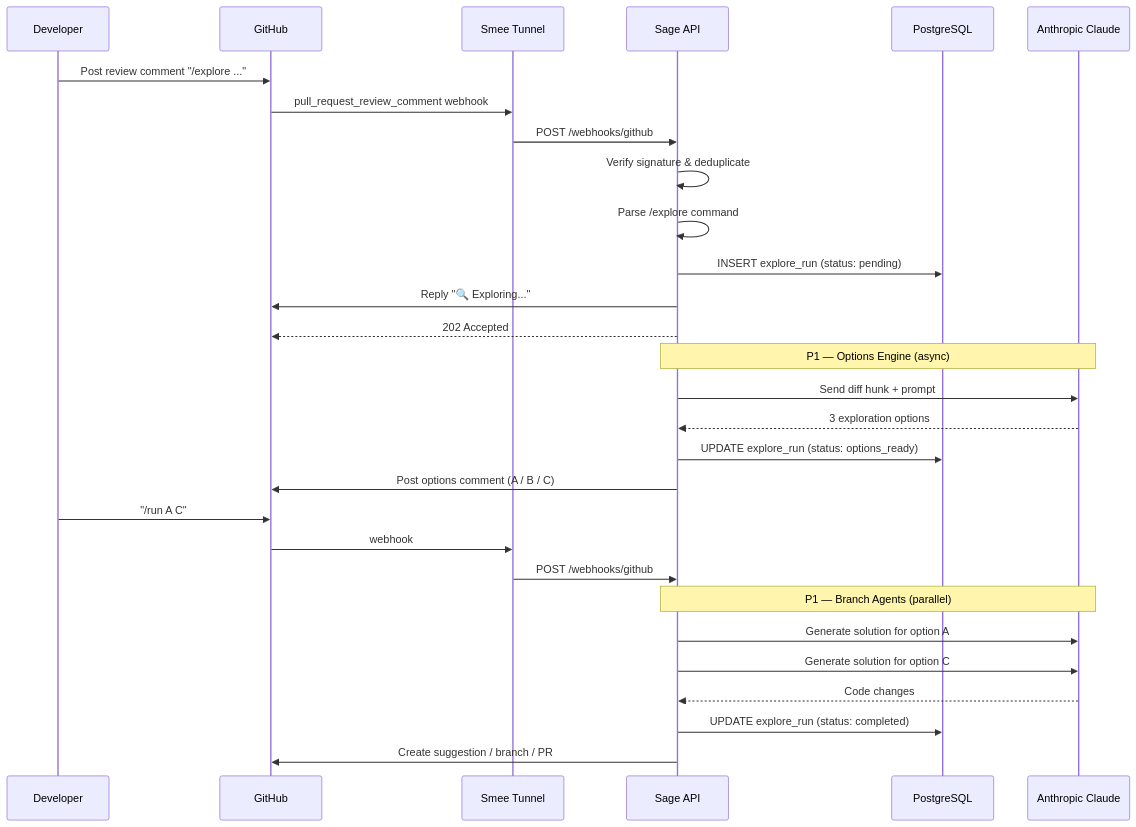
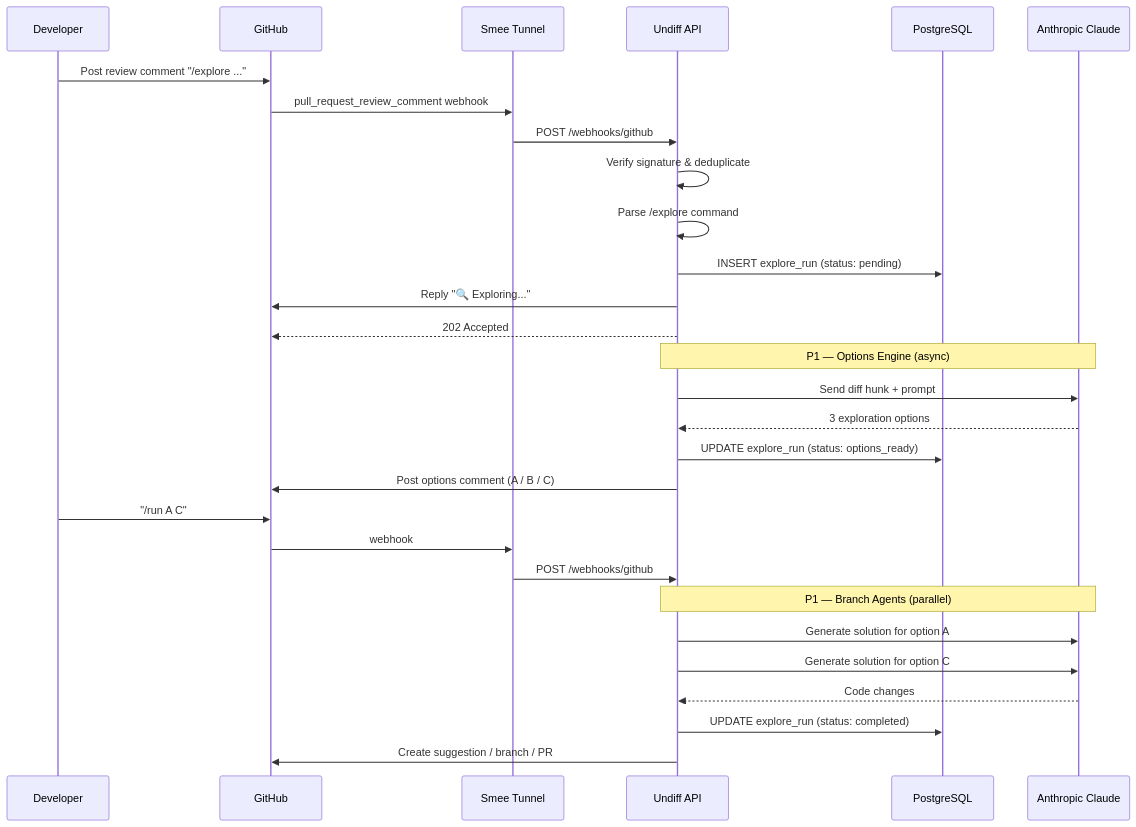
The third of 7 diagrams in docs/ARCHITECTURE.md (surfer19/undiff), drawn with Mermaid before and after one commit. The commit also changed other lines of this file and 17 other files, not shown here.

First line of the commit message:
rename sage to undiff across entire project

````diff
--- a/docs/ARCHITECTURE.md
+++ b/docs/ARCHITECTURE.md
@@ -56,37 +56,37 @@
 ```mermaid
 sequenceDiagram
     participant Dev as Developer
     participant GH as GitHub
     participant Smee as Smee Tunnel
-    participant API as Sage API
+    participant API as Undiff API
     participant DB as PostgreSQL
     participant AI as Anthropic Claude
 
     Dev->>GH: Post review comment "/explore ..."
     GH->>Smee: pull_request_review_comment webhook
     Smee->>API: POST /webhooks/github
 
     API->>API: Verify signature & deduplicate
     API->>API: Parse /explore command
 
     API->>DB: INSERT explore_run (status: pending)
     API->>GH: Reply "🔍 Exploring..."
     API-->>GH: 202 Accepted
 
     Note over API,AI: P1 — Options Engine (async)
     API->>AI: Send diff hunk + prompt
     AI-->>API: 3 exploration options
     API->>DB: UPDATE explore_run (status: options_ready)
     API->>GH: Post options comment (A / B / C)
 
     Dev->>GH: "/run A C"
     GH->>Smee: webhook
     Smee->>API: POST /webhooks/github
 
     Note over API,AI: P1 — Branch Agents (parallel)
     API->>AI: Generate solution for option A
     API->>AI: Generate solution for option C
     AI-->>API: Code changes
     API->>DB: UPDATE explore_run (status: completed)
     API->>GH: Create suggestion / branch / PR
 ```
````
